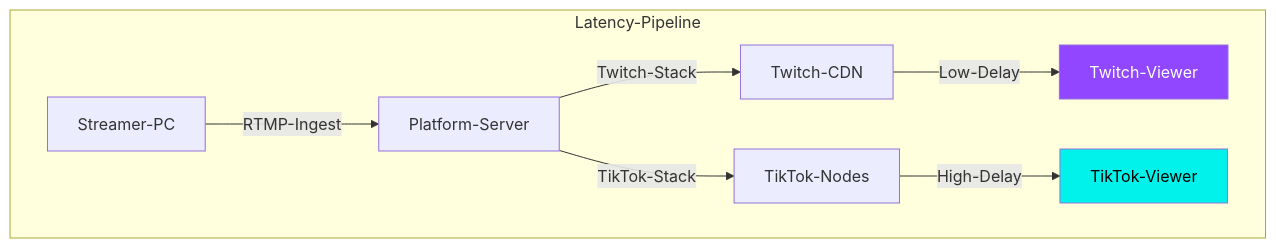
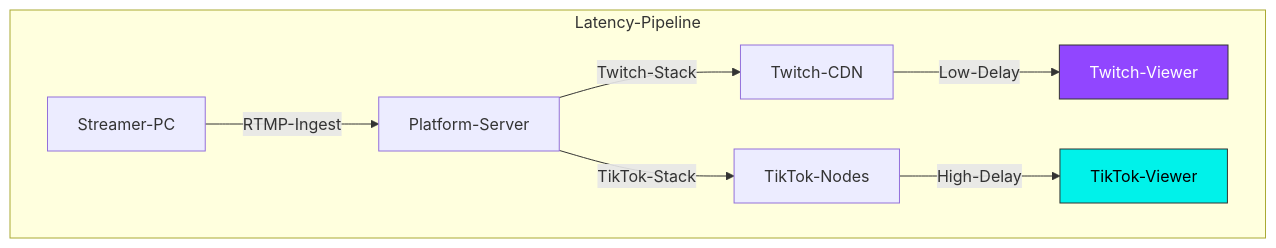
The diagram in data/blog/tiktok-live-vs-twitch-latency-comparison-2026.mdx (littl3-boat/ttwise), drawn with Mermaid before and after one commit. The commit also changed 35 other files, not shown here.

First line of the commit message:
feat: fix Mermaid diagram syntax across blog posts and add new Reddit-sourced blog entries

````diff
--- a/data/blog/tiktok-live-vs-twitch-latency-comparison-2026.mdx
+++ b/data/blog/tiktok-live-vs-twitch-latency-comparison-2026.mdx
@@ -24,15 +24,15 @@
 ```mermaid
 flowchart TD
     subgraph Latency-Pipeline
         A[Streamer-PC] -- RTMP-Ingest --> B[Platform-Server]
         
         B -- Twitch-Stack --> C1[Twitch-CDN]
         C1 -- Low-Delay --> D1[Twitch-Viewer]
         
         B -- TikTok-Stack --> C2[TikTok-Nodes]
         C2 -- High-Delay --> D2[TikTok-Viewer]
     end
     
-    style D1 fill:#9146FF,color:#fff
-    style D2 fill:#00f2ea,color:#000
+    style D1 fill:#9146FF,color:#fff,stroke:#333
+    style D2 fill:#00f2ea,color:#000,stroke:#333
 ```
````
